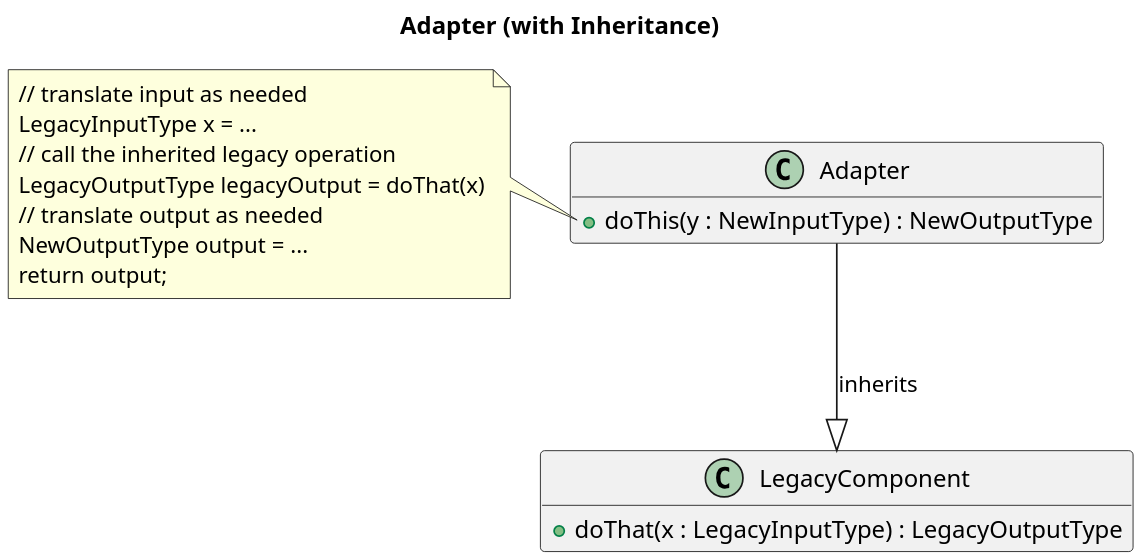
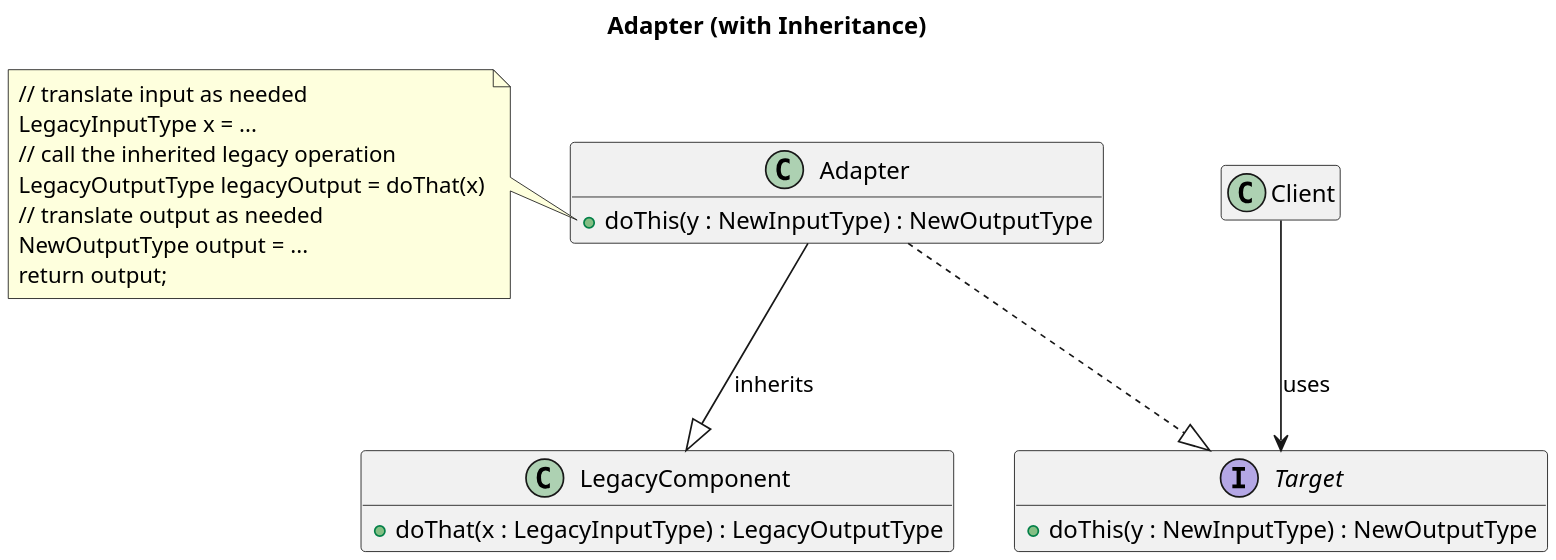
One commit to CSC207-UofT/207-course-notes changed the diagram in plantuml/adapter-inheritance.puml. Above: the diagram before and after it, drawn with PlantUML. The commit also changed 7 other files, not shown here.

Commit message:
clean up pass on the design pattern and refactoring chapters; removing dead links; polishing text and diagrams

```diff
--- a/plantuml/adapter-inheritance.puml
+++ b/plantuml/adapter-inheritance.puml
@@ -1,24 +1,32 @@
 @startuml
 skinparam dpi 200
 hide empty members
 title Adapter (with Inheritance)
+
+class Client
+
+interface Target {
+  +doThis(y : NewInputType) : NewOutputType
+}
 
 class Adapter {
   +doThis(y : NewInputType) : NewOutputType
 }
 class LegacyComponent {
   +doThat(x : LegacyInputType) : LegacyOutputType
 }
 
+Client --> Target : uses
+Adapter ..|> Target
 Adapter --|> LegacyComponent : inherits
 
 note left of Adapter::doThis
 // translate input as needed
 LegacyInputType x = ...
 // call the inherited legacy operation
 LegacyOutputType legacyOutput = doThat(x)
 // translate output as needed
 NewOutputType output = ...
 return output;
 end note
 @enduml
```
